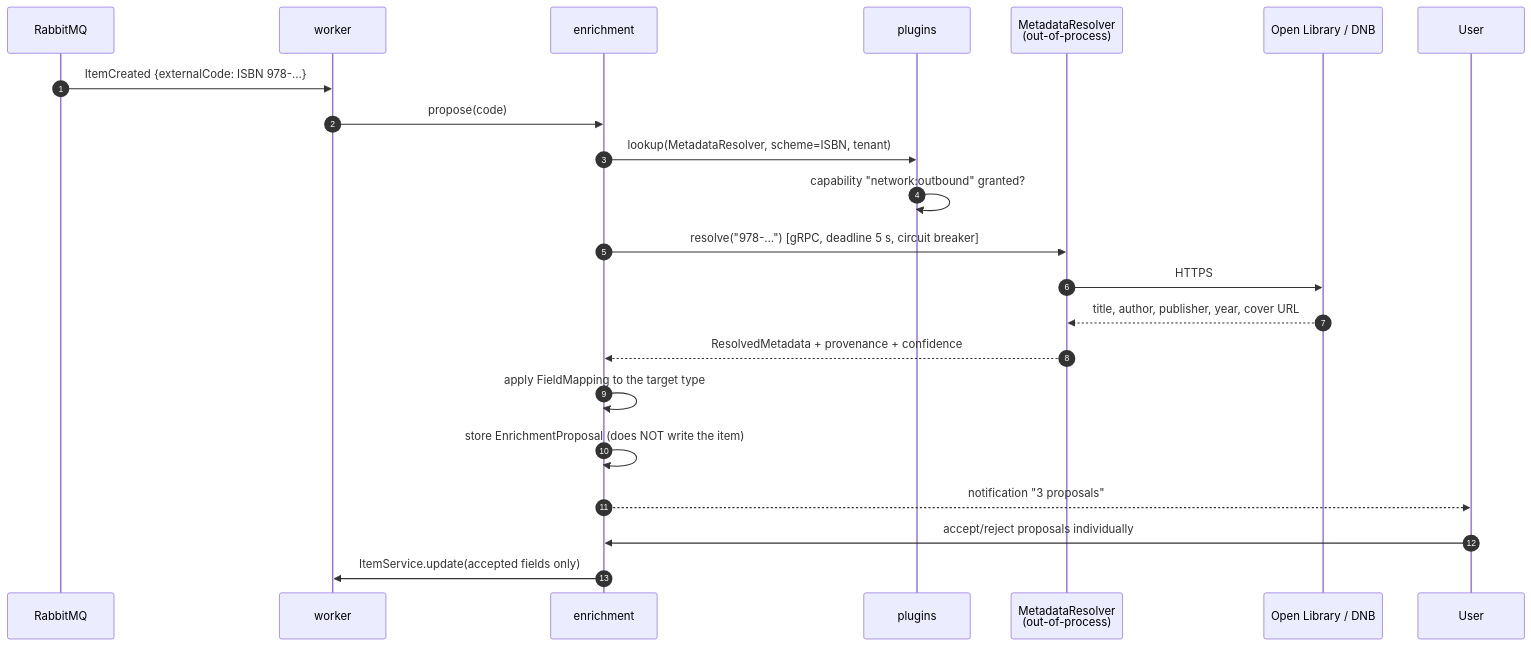
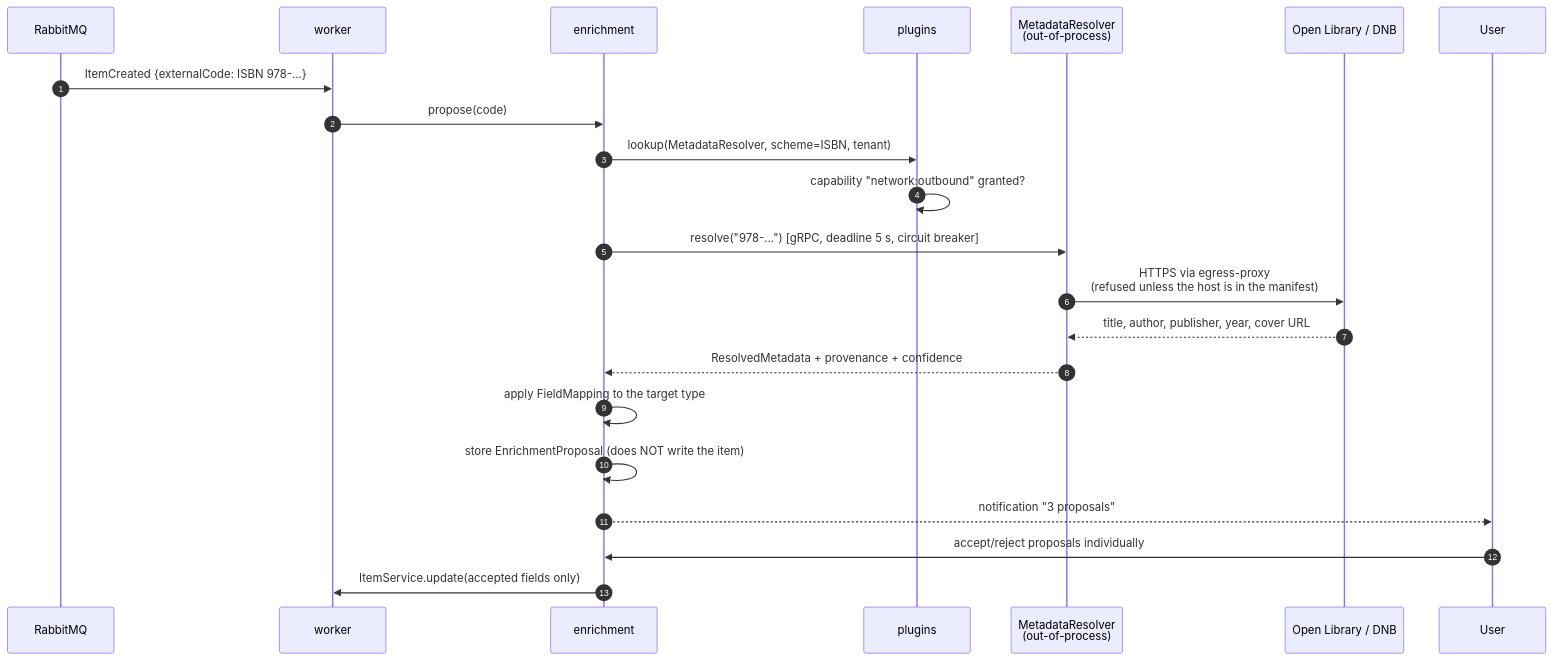
The fifth of 10 diagrams in docs/architecture/05-runtime-view.md (greluc/Home-Inventory), drawn with Mermaid before and after one commit. The commit also changed other lines of this file and 38 other files, not shown here.

````diff
--- a/docs/architecture/05-runtime-view.md
+++ b/docs/architecture/05-runtime-view.md
@@ -180,25 +188,25 @@
 ```mermaid
 sequenceDiagram
     autonumber
     participant MQ as RabbitMQ
     participant W as worker
     participant EN as enrichment
     participant PR as plugins
     participant P as MetadataResolver<br/>(out-of-process)
     participant EXT as Open Library / DNB
     participant U as User
 
     MQ->>W: ItemCreated {externalCode: ISBN 978-…}
     W->>EN: propose(code)
     EN->>PR: lookup(MetadataResolver, scheme=ISBN, tenant)
     PR->>PR: capability "network:outbound" granted?
     EN->>P: resolve("978-…")  [gRPC, deadline 5 s, circuit breaker]
-    P->>EXT: HTTPS
+    P->>EXT: HTTPS via egress-proxy<br/>(refused unless the host is in the manifest)
     EXT-->>P: title, author, publisher, year, cover URL
     P-->>EN: ResolvedMetadata + provenance + confidence
     EN->>EN: apply FieldMapping to the target type
     EN->>EN: store EnrichmentProposal (does NOT write the item)
     EN-->>U: notification "3 proposals"
     U->>EN: accept/reject proposals individually
     EN->>W: ItemService.update(accepted fields only)
 ```
````
